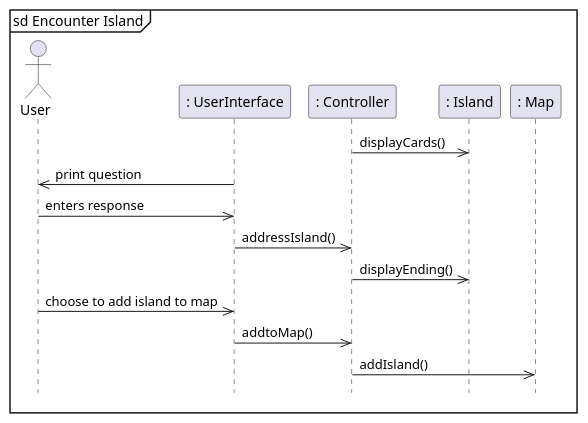
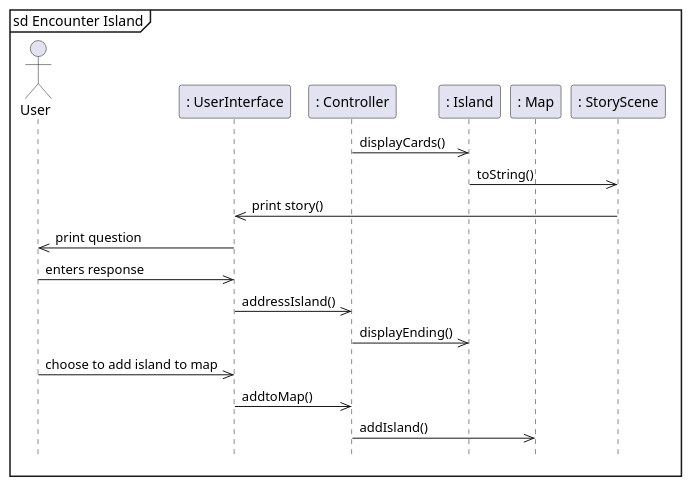
One commit to emutchek/MaraudersAtSea changed the third of 5 diagrams in CMPU_203_PirateGame/doc/design.md. Above: the diagram before and after it, drawn with PlantUML. The commit also changed other lines of this file and 1 other file, not shown here.

````diff
--- a/CMPU_203_PirateGame/doc/design.md
+++ b/CMPU_203_PirateGame/doc/design.md
@@ -157,20 +157,23 @@
 ```PlantUML
 @startuml
 mainframe sd Encounter Island
 hide footbox
 actor User as user
 participant ": UserInterface" as UI
 participant ": Controller" as controller
 participant ": Island" as island
 participant ": Map" as map
+participant ": StoryScene" as SS
 controller ->> island : displayCards()
+island ->> SS : toString()
+SS ->> UI : print story()
 UI ->> user : print question
 user ->> UI : enters response
 UI ->> controller : addressIsland()
 controller ->> island : displayEnding()
 user ->> UI : choose to add island to map
 UI ->> controller : addtoMap()
 controller ->> map : addIsland()
 
 @enduml
 ```
````
